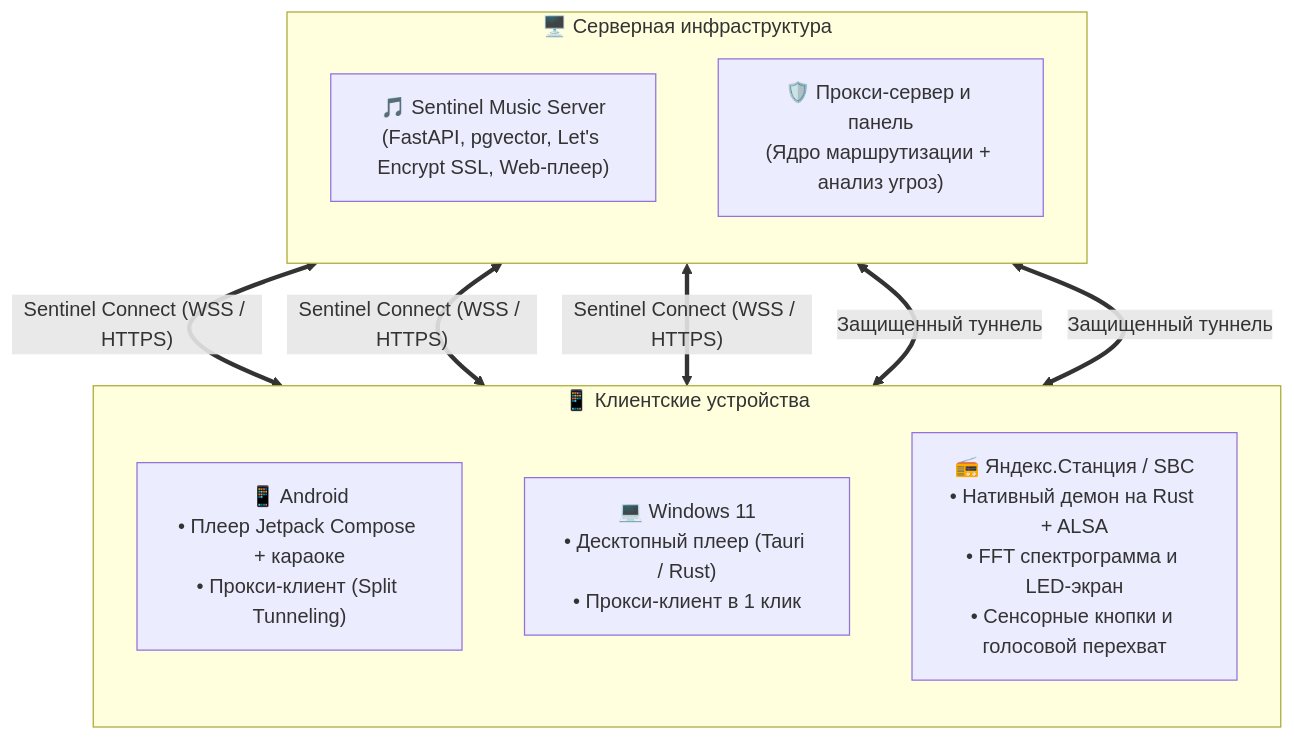
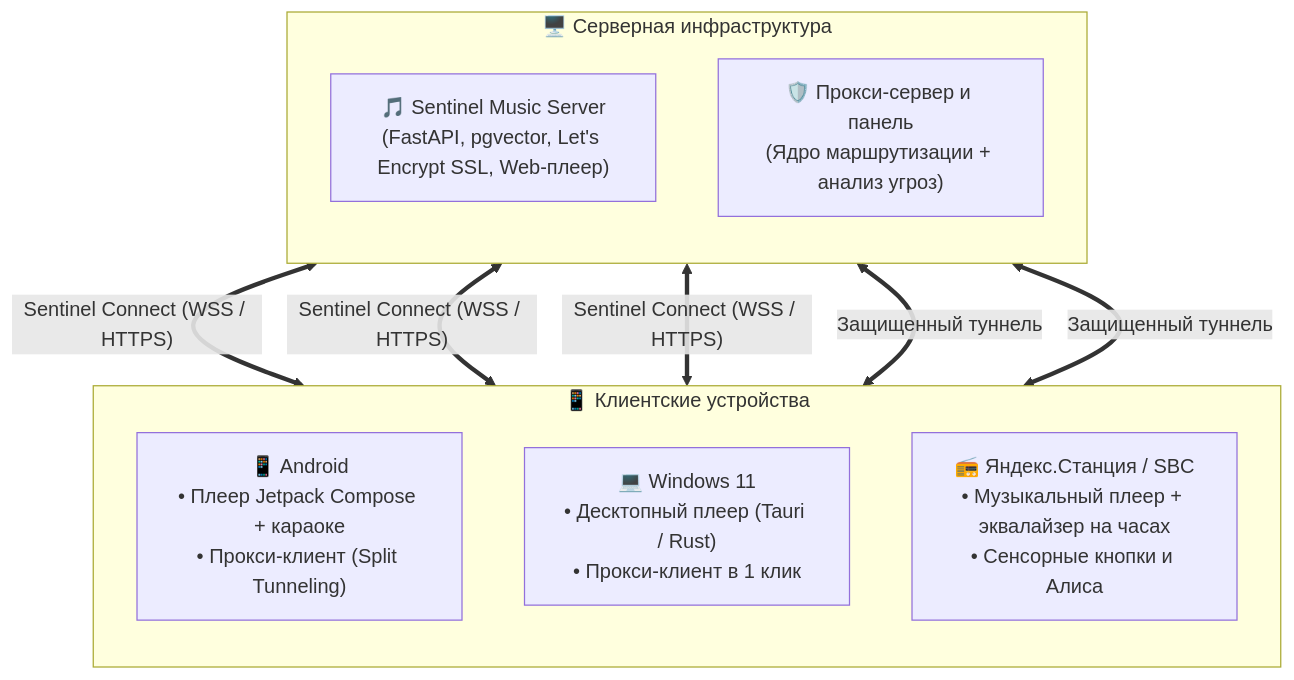
Before and after one commit to blackalex1/Sentinel-Ecosystem: the diagram in README.md, drawn with Mermaid. The commit also changed other lines of this file, not shown here.

Commit message:
docs: simplify Sentinel Station description and update platforms badge

````diff
--- a/README.md
+++ b/README.md
@@ -73,21 +73,21 @@
 ```mermaid
 flowchart TB
     subgraph Server[" 🖥️ Серверная инфраструктура "]
         direction TB
         MusicServer["🎵 Sentinel Music Server<br/>(FastAPI, pgvector, Let's Encrypt SSL, Web-плеер)"]
         ProxyServer["🛡️ Прокси-сервер и панель<br/>(Ядро маршрутизации + анализ угроз)"]
     end
 
     subgraph Devices[" 📱 Клиентские устройства "]
         direction TB
         AndroidApp["📱 Android<br/>• Плеер Jetpack Compose + караоке<br/>• Прокси-клиент (Split Tunneling)"]
         WindowsApp["💻 Windows 11<br/>• Десктопный плеер (Tauri / Rust)<br/>• Прокси-клиент в 1 клик"]
-        StationApp["📻 Яндекс.Станция / SBC<br/>• Нативный демон на Rust + ALSA<br/>• FFT спектрограмма и LED-экран<br/>• Сенсорные кнопки и голосовой перехват"]
+        StationApp["📻 Яндекс.Станция / SBC<br/>• Музыкальный плеер + эквалайзер на часах<br/>• Сенсорные кнопки и Алиса"]
     end
 
     MusicServer <== "Sentinel Connect (WSS / HTTPS)" ==> AndroidApp
     MusicServer <== "Sentinel Connect (WSS / HTTPS)" ==> WindowsApp
     MusicServer <== "Sentinel Connect (WSS / HTTPS)" ==> StationApp
     ProxyServer <== "Защищенный туннель" ==> AndroidApp
     ProxyServer <== "Защищенный туннель" ==> WindowsApp
 ```
````
